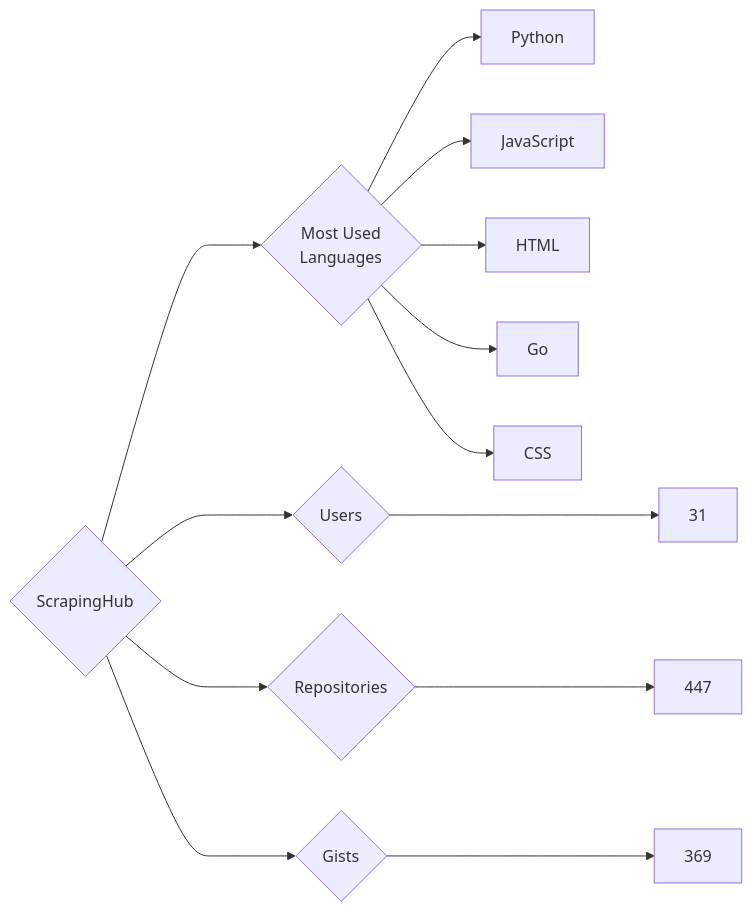
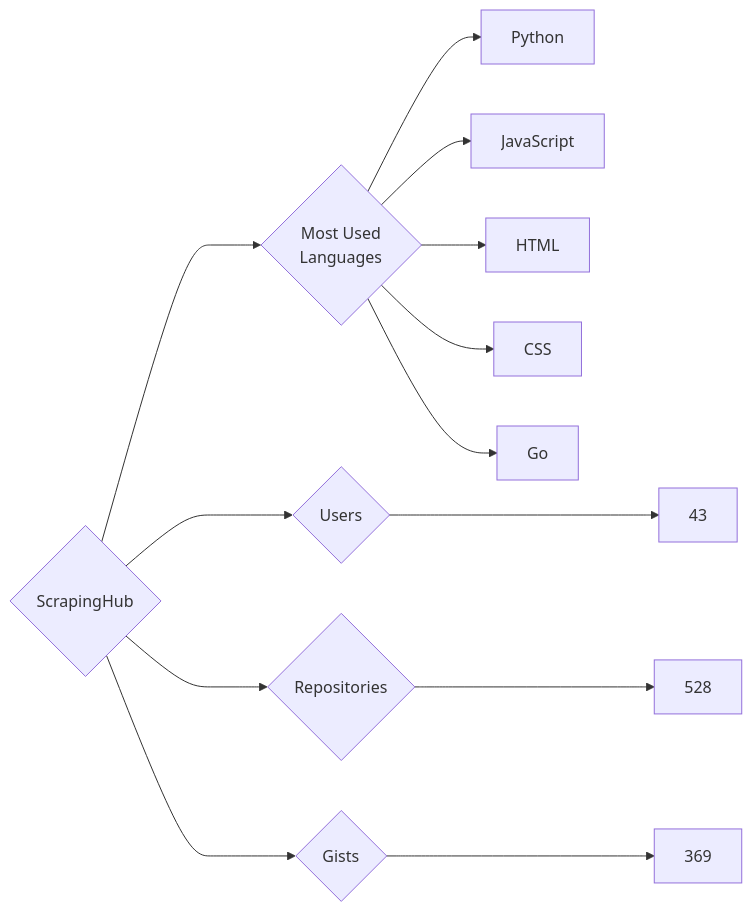
The diagram in targets/ScrapingHub/README.md (trickest/insiders), drawn with Mermaid before and after one commit. The commit also changed 725 other files, not shown here.

````diff
--- a/targets/ScrapingHub/README.md
+++ b/targets/ScrapingHub/README.md
@@ -3,13 +3,13 @@
 ```mermaid
 graph LR
 COMPANY_NAME{ScrapingHub}
-COMPANY_NAME ---> U{Users} ---> UN[31]
-COMPANY_NAME ---> R{Repositories} ---> RN[447]
+COMPANY_NAME ---> U{Users} ---> UN[43]
+COMPANY_NAME ---> R{Repositories} ---> RN[528]
 COMPANY_NAME ---> G{Gists} ---> GN[369]
 COMPANY_NAME ---> ML{Most Used<br>Languages}
 ML --> Python[Python]
 ML --> JavaScript[JavaScript]
 ML --> HTML[HTML]
+ML --> CSS[CSS]
 ML --> Go[Go]
-ML --> CSS[CSS]
 ```
````
